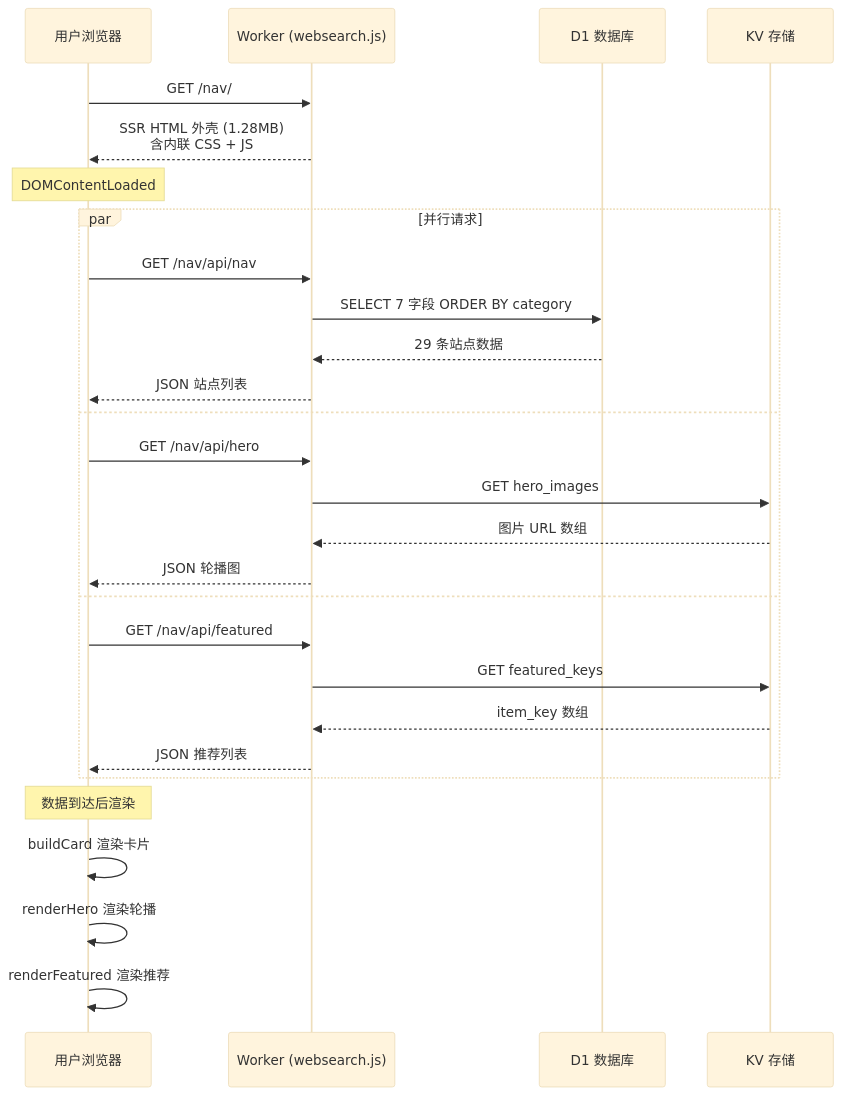
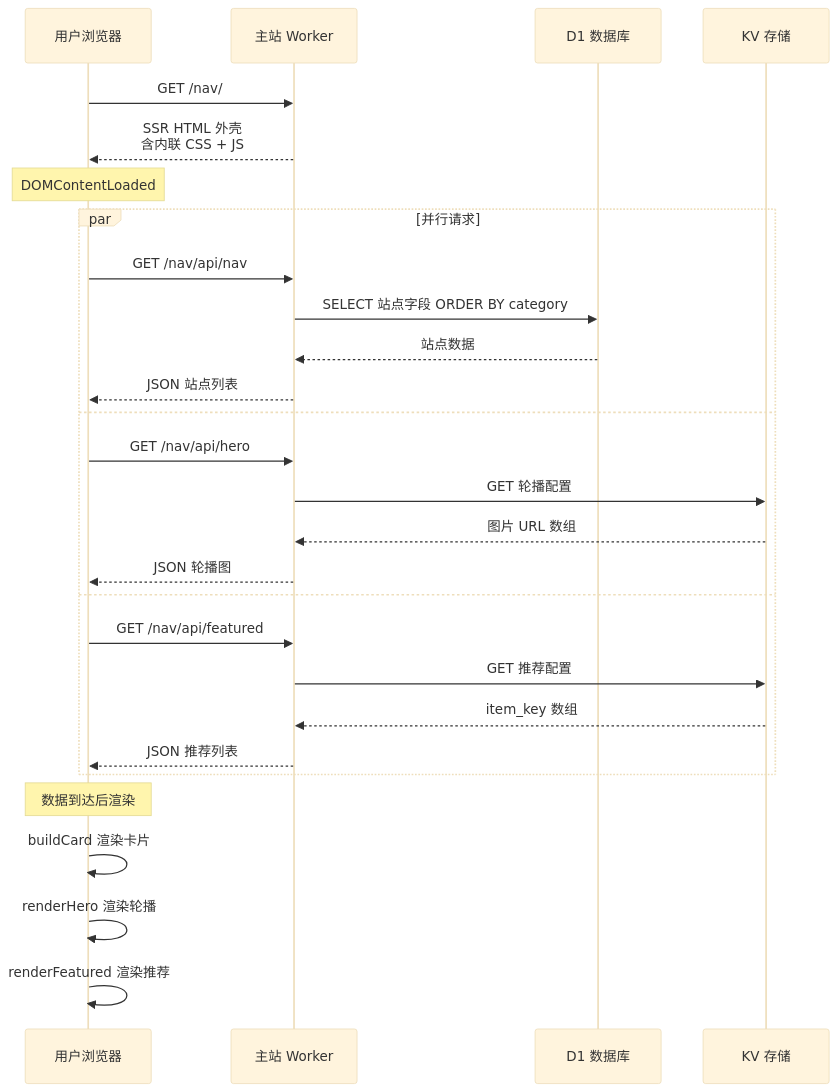
The eighth of 11 diagrams in 网站框架总览.md (argb6/galnavi-obsidian), drawn with Mermaid (base theme) before and after one commit. The commit also changed other lines of this file and 34 other files, not shown here.

````diff
--- a/网站框架总览.md
+++ b/网站框架总览.md
@@ -318,34 +317,34 @@
 ```mermaid
 sequenceDiagram
     participant U as 用户浏览器
-    participant W as Worker (websearch.js)
+    participant W as 主站 Worker
     participant D1 as D1 数据库
     participant KV as KV 存储
 
     U->>W: GET /nav/
-    W-->>U: SSR HTML 外壳 (1.28MB)<br/>含内联 CSS + JS
+    W-->>U: SSR HTML 外壳<br/>含内联 CSS + JS
 
     Note over U: DOMContentLoaded
 
     par 并行请求
         U->>W: GET /nav/api/nav
-        W->>D1: SELECT 7 字段 ORDER BY category
-        D1-->>W: 29 条站点数据
+        W->>D1: SELECT 站点字段 ORDER BY category
+        D1-->>W: 站点数据
         W-->>U: JSON 站点列表
     and
         U->>W: GET /nav/api/hero
-        W->>KV: GET hero_images
+        W->>KV: GET 轮播配置
         KV-->>W: 图片 URL 数组
         W-->>U: JSON 轮播图
     and
         U->>W: GET /nav/api/featured
-        W->>KV: GET featured_keys
+        W->>KV: GET 推荐配置
         KV-->>W: item_key 数组
         W-->>U: JSON 推荐列表
     end
 
     Note over U: 数据到达后渲染
     U->>U: buildCard 渲染卡片
     U->>U: renderHero 渲染轮播
     U->>U: renderFeatured 渲染推荐
 ```
````
